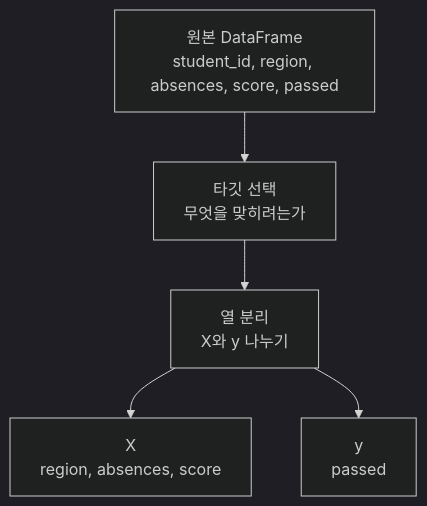
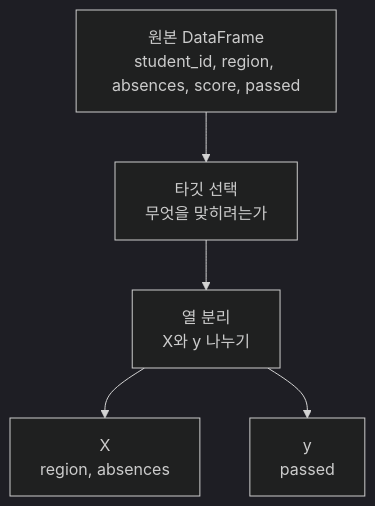
Before and after one commit to devchan64/AiBook: the diagram in docs/assets/part-02/chapter-12/x-y-split-flow-ko.mmd, drawn with Mermaid (dark theme). The commit also changed 124 other files, not shown here.

```diff
--- a/docs/assets/part-02/chapter-12/x-y-split-flow-ko.mmd
+++ b/docs/assets/part-02/chapter-12/x-y-split-flow-ko.mmd
@@ -1,10 +1,10 @@
 flowchart TD
     raw["원본 DataFrame<br/>student_id, region, absences, score, passed"]
     choose["타깃 선택<br/>무엇을 맞히려는가"]
     split["열 분리<br/>X와 y 나누기"]
-    x["X<br/>region, absences, score"]
+    x["X<br/>region, absences"]
     y["y<br/>passed"]
 
     raw --> choose --> split
     split --> x
     split --> y
```
